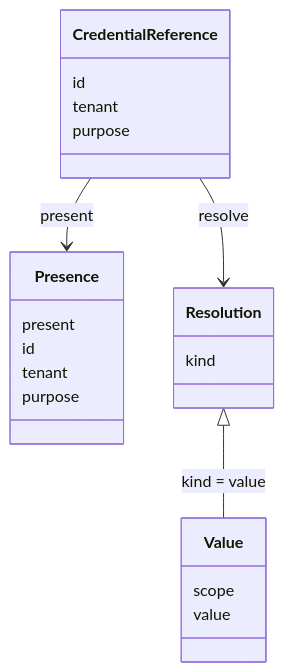
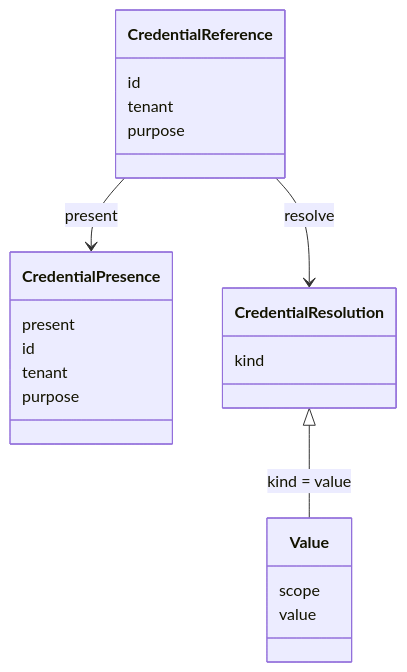
The third of 4 diagrams in packages/model/model/docs/object-model.md (nemori-ai/omne-harness-lite), drawn with Mermaid before and after one commit. The commit also changed other lines of this file and 9 other files, not shown here.

````diff
--- a/packages/model/model/docs/object-model.md
+++ b/packages/model/model/docs/object-model.md
@@ -92,24 +92,24 @@
 ```mermaid
 classDiagram
   class CredentialReference {
     id
     tenant
     purpose
   }
-  class Presence {
+  class CredentialPresence {
     present
     id
     tenant
     purpose
   }
-  class Resolution {
+  class CredentialResolution {
     kind
   }
   class Value {
     scope
     value
   }
-  CredentialReference --> Presence : present
-  CredentialReference --> Resolution : resolve
-  Resolution <|-- Value : kind = value
+  CredentialReference --> CredentialPresence : present
+  CredentialReference --> CredentialResolution : resolve
+  CredentialResolution <|-- Value : kind = value
 ```
````
